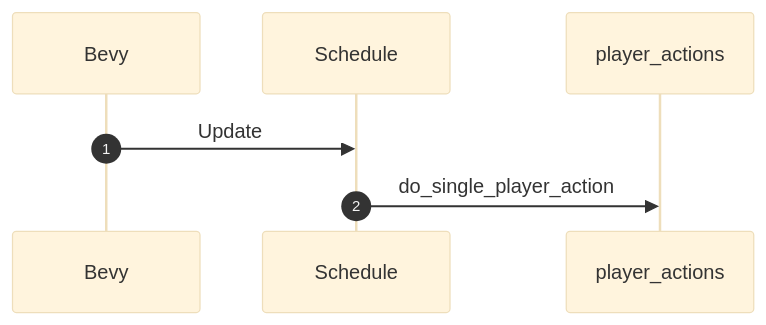
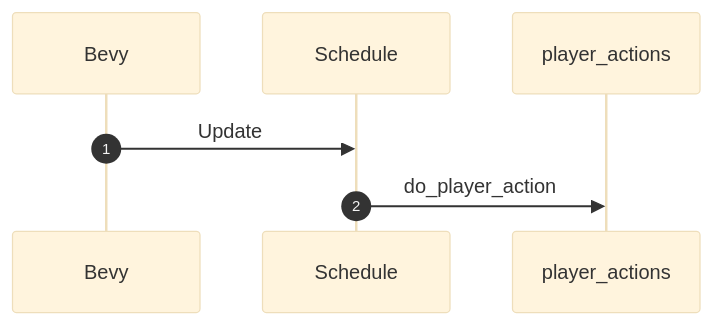
One commit to JorgeLGonzalez/dungeon_crawl_p2p changed the second of 4 diagrams in src/systems/player_actions/README.md. Above: the diagram before and after it, drawn with Mermaid (base theme). The commit also changed other lines of this file and 7 other files, not shown here.

Commit message:
refactor(do_player_action): combine single and multi player systems

````diff
--- a/src/systems/player_actions/README.md
+++ b/src/systems/player_actions/README.md
@@ -31,6 +27,6 @@
 ```mermaid
 sequenceDiagram
 autonumber
 Bevy->>Schedule: Update
-Schedule->>player_actions: do_single_player_action
+Schedule->>player_actions: do_player_action
 ```
````
